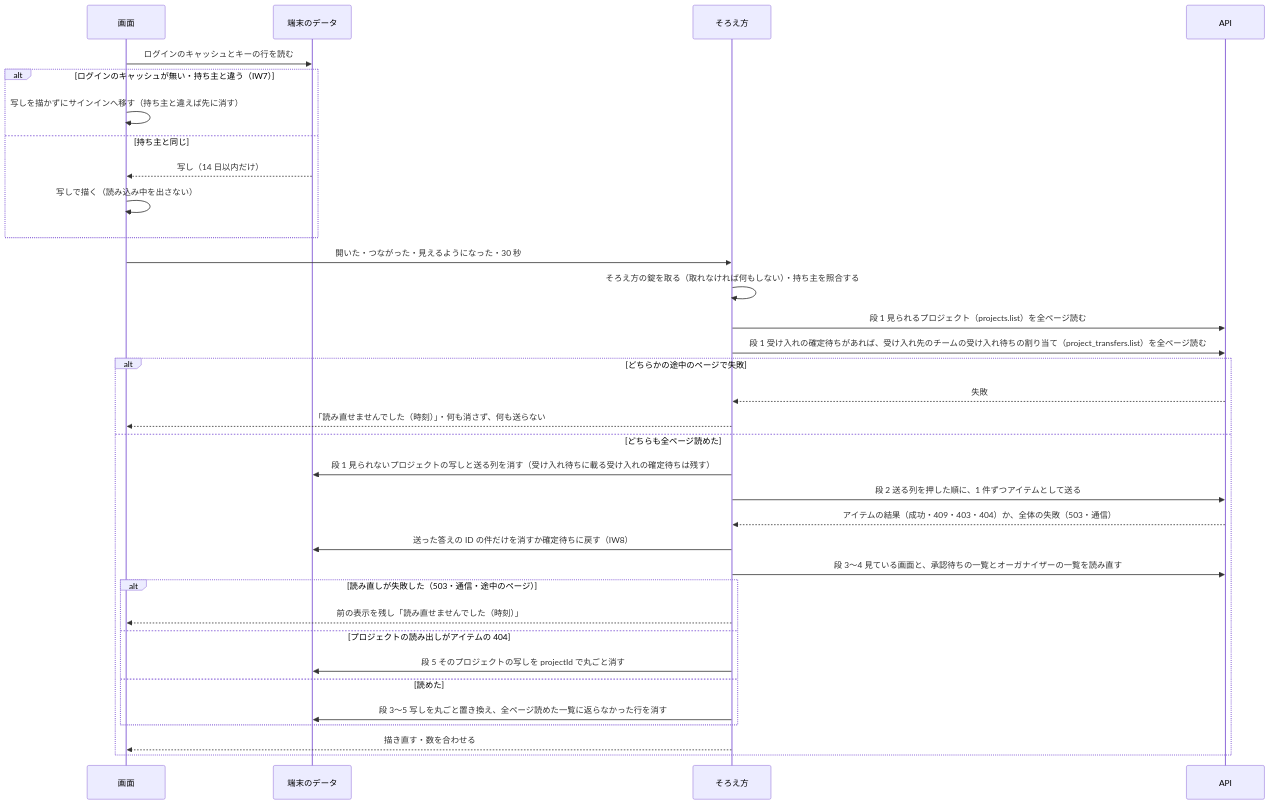
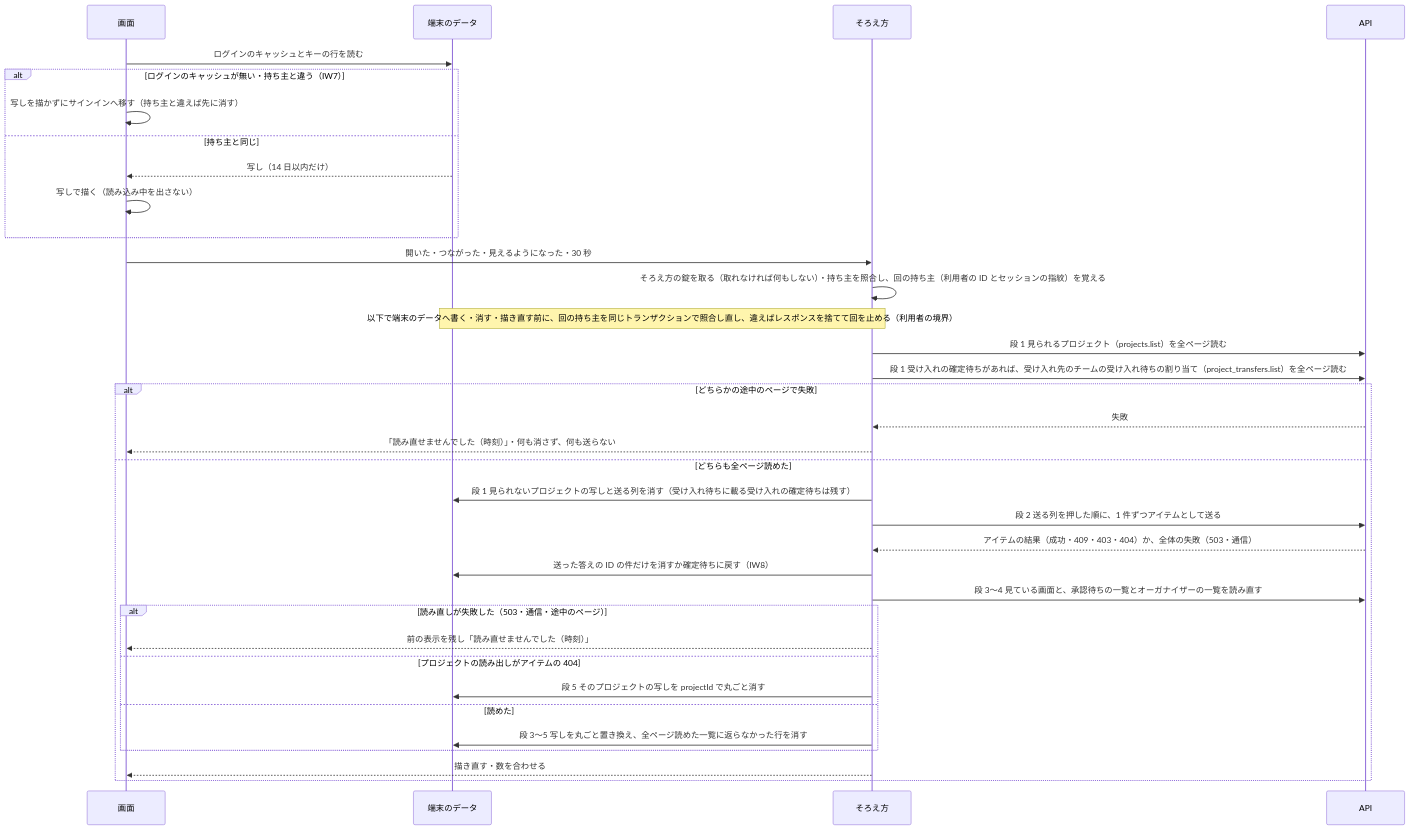
One commit to devbasex/nd-factory changed the fifth of 5 diagrams in issues/issue-12-design.md. Above: the diagram before and after it, drawn with Mermaid. The commit also changed other lines of this file, not shown here.

````diff
--- a/issues/issue-12-design.md
+++ b/issues/issue-12-design.md
@@ -314,36 +324,37 @@
 ```mermaid
 sequenceDiagram
   participant P as 画面
   participant D as 端末のデータ
   participant Y as そろえ方
   participant A as API
   P->>D: ログインのキャッシュとキーの行を読む
   alt ログインのキャッシュが無い・持ち主と違う（IW7）
     P->>P: 写しを描かずにサインインへ移す（持ち主と違えば先に消す）
   else 持ち主と同じ
     D-->>P: 写し（14 日以内だけ）
     P->>P: 写しで描く（読み込み中を出さない）
   end
   P->>Y: 開いた・つながった・見えるようになった・30 秒
-  Y->>Y: そろえ方の錠を取る（取れなければ何もしない）・持ち主を照合する
+  Y->>Y: そろえ方の錠を取る（取れなければ何もしない）・持ち主を照合し、回の持ち主（利用者の ID とセッションの指紋）を覚える
+  Note over Y,D: 以下で端末のデータへ書く・消す・描き直す前に、回の持ち主を同じトランザクションで照合し直し、違えばレスポンスを捨てて回を止める（利用者の境界）
   Y->>A: 段 1 見られるプロジェクト（projects.list）を全ページ読む
   Y->>A: 段 1 受け入れの確定待ちがあれば、受け入れ先のチームの受け入れ待ちの割り当て（project_transfers.list）を全ページ読む
   alt どちらかの途中のページで失敗
     A-->>Y: 失敗
     Y-->>P: 「読み直せませんでした（時刻）」・何も消さず、何も送らない
   else どちらも全ページ読めた
     Y->>D: 段 1 見られないプロジェクトの写しと送る列を消す（受け入れ待ちに載る受け入れの確定待ちは残す）
     Y->>A: 段 2 送る列を押した順に、1 件ずつアイテムとして送る
     A-->>Y: アイテムの結果（成功・409・403・404）か、全体の失敗（503・通信）
     Y->>D: 送った答えの ID の件だけを消すか確定待ちに戻す（IW8）
     Y->>A: 段 3〜4 見ている画面と、承認待ちの一覧とオーガナイザーの一覧を読み直す
     alt 読み直しが失敗した（503・通信・途中のページ）
       Y-->>P: 前の表示を残し「読み直せませんでした（時刻）」
     else プロジェクトの読み出しがアイテムの 404
       Y->>D: 段 5 そのプロジェクトの写しを projectId で丸ごと消す
     else 読めた
       Y->>D: 段 3〜5 写しを丸ごと置き換え、全ページ読めた一覧に返らなかった行を消す
     end
     Y-->>P: 描き直す・数を合わせる
   end
 ```
````
